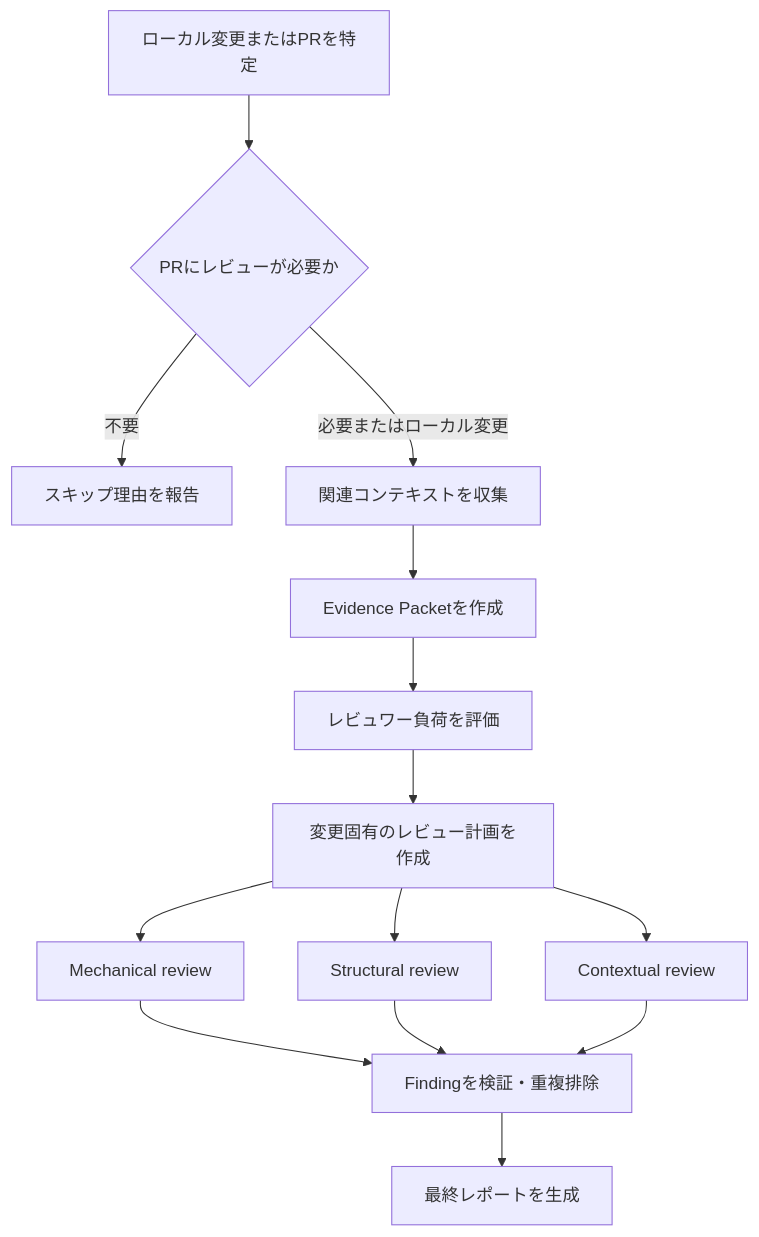
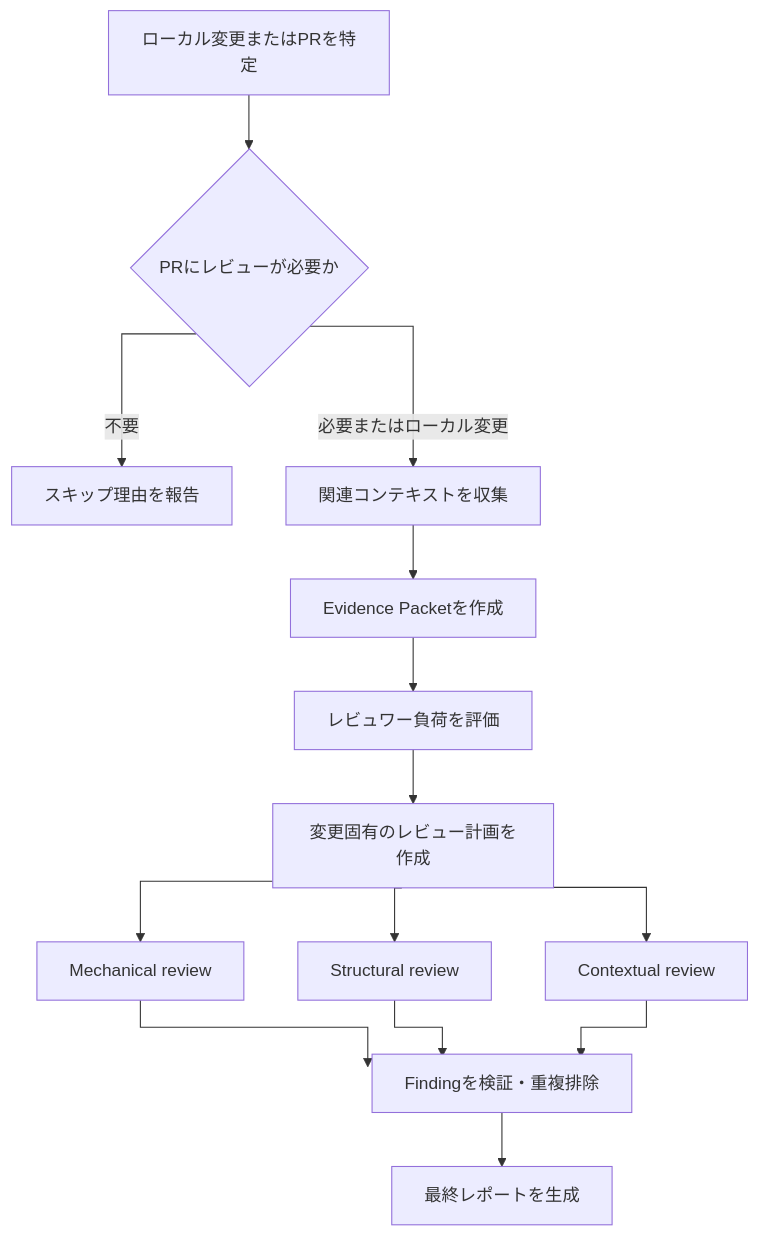
One commit to takuto-san/review changed the diagram in README.ja.md. Above: the diagram before and after it, drawn with Mermaid. The commit also changed other lines of this file and 35 other files, not shown here.

````diff
--- a/README.ja.md
+++ b/README.ja.md
@@ -324,16 +71,17 @@
 ```mermaid
+%%{init: {"flowchart": {"curve": "stepAfter"}}}%%
 flowchart TD
     A[ローカル変更またはPRを特定] --> B{PRにレビューが必要か}
     B -->|不要| X[スキップ理由を報告]
     B -->|必要またはローカル変更| C[関連コンテキストを収集]
     C --> D[Evidence Packetを作成]
     D --> E[レビュワー負荷を評価]
     E --> F[変更固有のレビュー計画を作成]
     F --> G1[Mechanical review]
     F --> G2[Structural review]
     F --> G3[Contextual review]
     G1 --> H[Findingを検証・重複排除]
     G2 --> H
     G3 --> H
     H --> I[最終レポートを生成]
 ```
````
